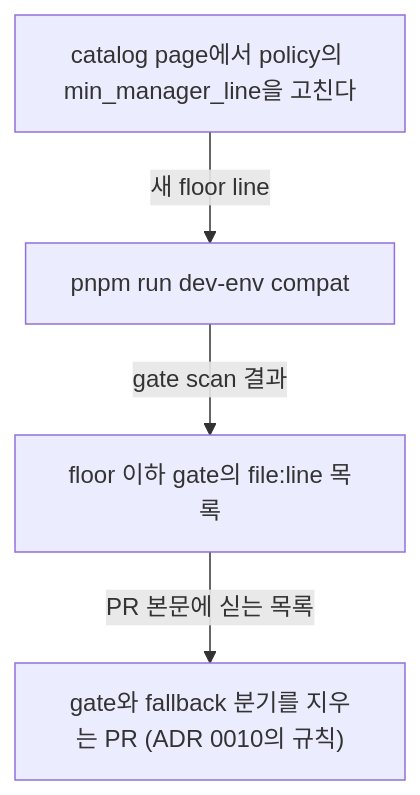
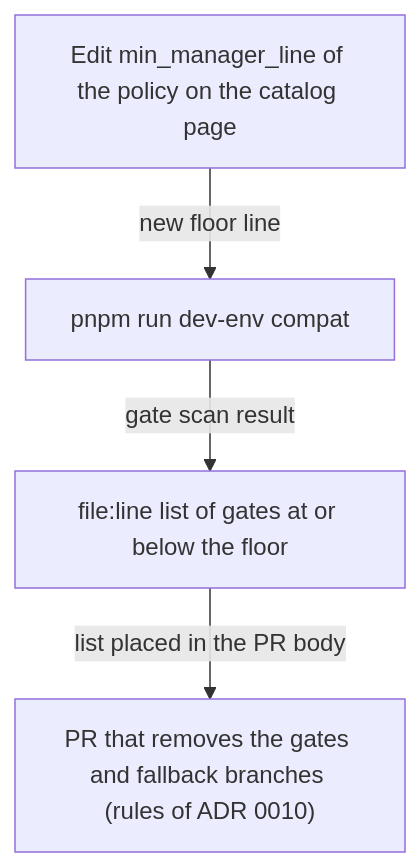
The second of 2 diagrams in docs/adr/0011-manager-compatibility-policy-in-the-team-dev-catalog.md (lablup/backend.ai-webui), drawn with Mermaid before and after one commit. The commit also changed other lines of this file and 15 other files, not shown here.

First line of the commit message:
chore(#10802): translate ADR 0003–0017 and ARCHITECTURE.md into English

````diff
--- a/docs/adr/0011-manager-compatibility-policy-in-the-team-dev-catalog.md
+++ b/docs/adr/0011-manager-compatibility-policy-in-the-team-dev-catalog.md
@@ -46,10 +46,10 @@
 ```mermaid
 flowchart TD
-  edit["catalog page에서 policy의 min_manager_line을 고친다"]
+  edit["Edit min_manager_line of the policy on the catalog page"]
   run["pnpm run dev-env compat"]
-  list["floor 이하 gate의 file:line 목록"]
-  pr["gate와 fallback 분기를 지우는 PR (ADR 0010의 규칙)"]
-  edit -- "새 floor line" --> run
-  run -- "gate scan 결과" --> list
-  list -- "PR 본문에 싣는 목록" --> pr
+  list["file:line list of gates at or below the floor"]
+  pr["PR that removes the gates and fallback branches (rules of ADR 0010)"]
+  edit -- "new floor line" --> run
+  run -- "gate scan result" --> list
+  list -- "list placed in the PR body" --> pr
 ```
````
